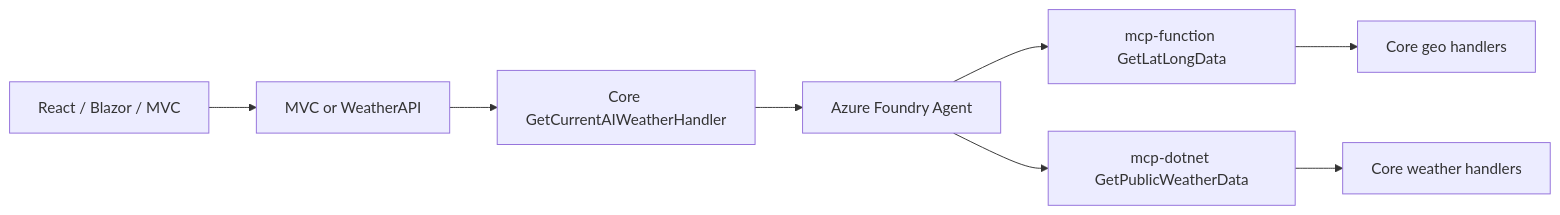
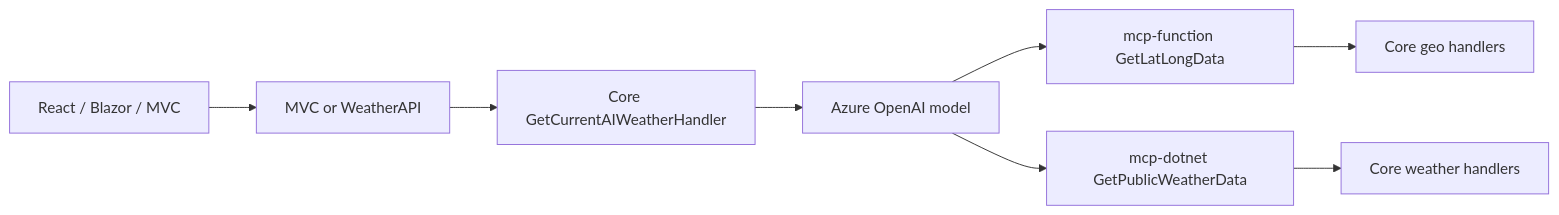
One commit to dustinkorzaan/weather-1116 changed the diagram in docs/architecture.md. Above: the diagram before and after it, drawn with Mermaid. The commit also changed other lines of this file and 14 other files, not shown here.

````diff
--- a/docs/architecture.md
+++ b/docs/architecture.md
@@ -67,19 +66,19 @@
 ```mermaid
 flowchart LR
   UI[React / Blazor / MVC]
   API[MVC or WeatherAPI]
   Core[Core GetCurrentAIWeatherHandler]
-  Agent[Azure Foundry Agent]
+  Model[Azure OpenAI model]
   McpFunc[mcp-function GetLatLongData]
   McpDotNet[mcp-dotnet GetPublicWeatherData]
   CoreGeo[Core geo handlers]
   CoreWx[Core weather handlers]
 
   UI --> API
   API --> Core
-  Core --> Agent
-  Agent --> McpFunc
-  Agent --> McpDotNet
+  Core --> Model
+  Model --> McpFunc
+  Model --> McpDotNet
   McpFunc --> CoreGeo
   McpDotNet --> CoreWx
 ```
````
